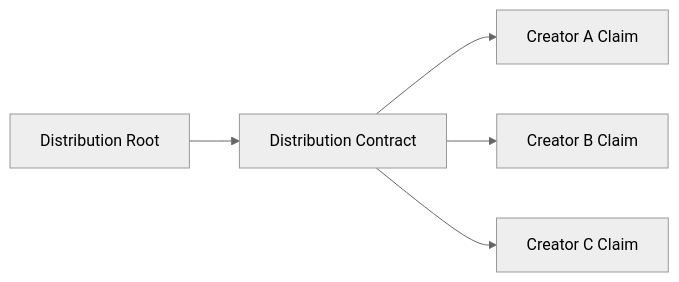
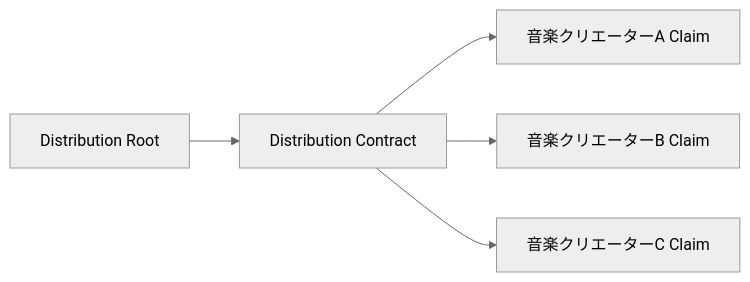
Diagram 17 of 47 in docs/whitepaper/12-infrastructure-cost.md (ShigeichiroYamasaki/creator-first-platform), drawn with Mermaid (neutral theme) before and after one commit. The commit also changed other lines of this file and 67 other files, not shown here.

````diff
--- a/docs/whitepaper/12-infrastructure-cost.md
+++ b/docs/whitepaper/12-infrastructure-cost.md
@@ -677,11 +677,11 @@
 ```mermaid
 flowchart LR
     ROOT[Distribution Root]
     CONTRACT[Distribution Contract]
 
-    CONTRACT --> C1[Creator A Claim]
-    CONTRACT --> C2[Creator B Claim]
-    CONTRACT --> C3[Creator C Claim]
+    CONTRACT --> C1[音楽クリエーターA Claim]
+    CONTRACT --> C2[音楽クリエーターB Claim]
+    CONTRACT --> C3[音楽クリエーターC Claim]
 
     ROOT --> CONTRACT
 ```
````
